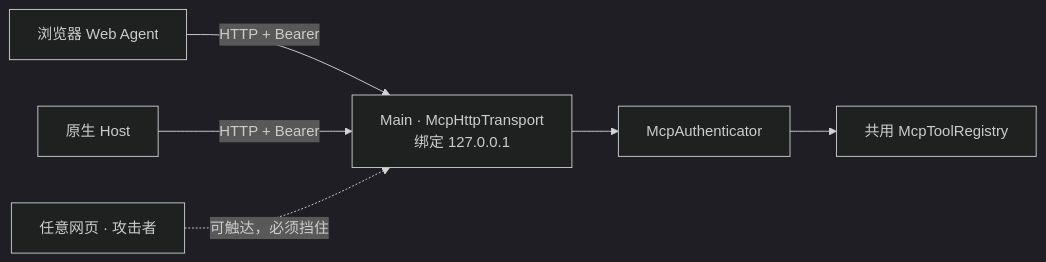
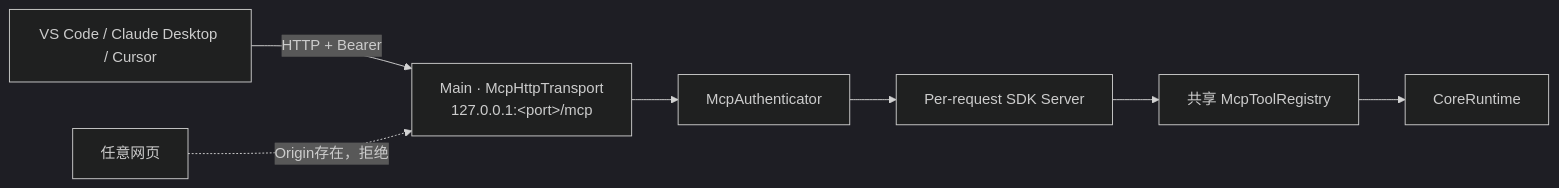
The fifth of 6 diagrams in architecture/features/mcp.md (zhxmt-xm/Interceptor), drawn with Mermaid (dark theme) before and after one commit. The commit also changed other lines of this file and 99 other files, not shown here.

Commit message:
feat(mcp): connect desktop over streamable http

````diff
--- a/architecture/features/mcp.md
+++ b/architecture/features/mcp.md
@@ -356,8 +280,9 @@
 ```mermaid
 flowchart LR
-    WEB["浏览器 Web Agent"] -->|"HTTP + Bearer"| L["Main · McpHttpTransport<br/>绑定 127.0.0.1"]
-    HOST["原生 Host"] -->|"HTTP + Bearer"| L
-    ATTACK["任意网页 · 攻击者"] -.->|"可触达，必须挡住"| L
-    L --> AUTH["McpAuthenticator"]
-    AUTH --> REG["共用 McpToolRegistry"]
+        HOST["VS Code / Claude Desktop / Cursor"] -->|"HTTP + Bearer"| HTTP["Main · McpHttpTransport<br/>127.0.0.1:&lt;port&gt;/mcp"]
+        WEB["任意网页"] -.->|"Origin存在，拒绝"| HTTP
+        HTTP --> AUTH["McpAuthenticator"]
+        AUTH --> HANDLER["Per-request SDK Server"]
+        HANDLER --> REG["共享 McpToolRegistry"]
+        REG --> CORE["CoreRuntime"]
 ```
````
